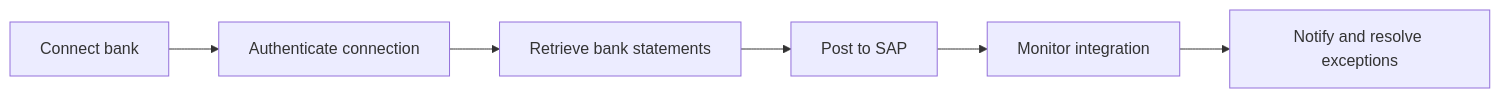
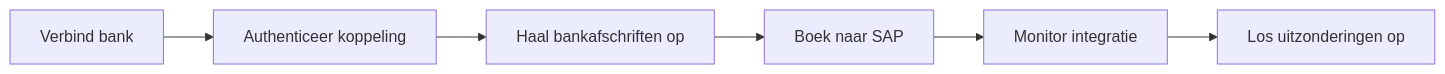
One commit to gitbook-demo-sites/aiden-demo-site-20260625 changed the diagram in finance-integration/README.md. Above: the diagram before and after it, drawn with Mermaid. The commit also changed other lines of this file and 32 other files, not shown here.

````diff
--- a/finance-integration/README.md
+++ b/finance-integration/README.md
@@ -32,8 +34,8 @@
 ```mermaid
 flowchart LR
-    Bank[Connect bank] --> Auth[Authenticate connection]
-    Auth --> Statements[Retrieve bank statements]
-    Statements --> SAP[Post to SAP]
-    SAP --> Monitor[Monitor integration]
-    Monitor --> Notify[Notify and resolve exceptions]
+    Bank[Verbind bank] --> Auth[Authenticeer koppeling]
+    Auth --> Statements[Haal bankafschriften op]
+    Statements --> SAP[Boek naar SAP]
+    SAP --> Monitor[Monitor integratie]
+    Monitor --> Notify[Los uitzonderingen op]
 ```
````
